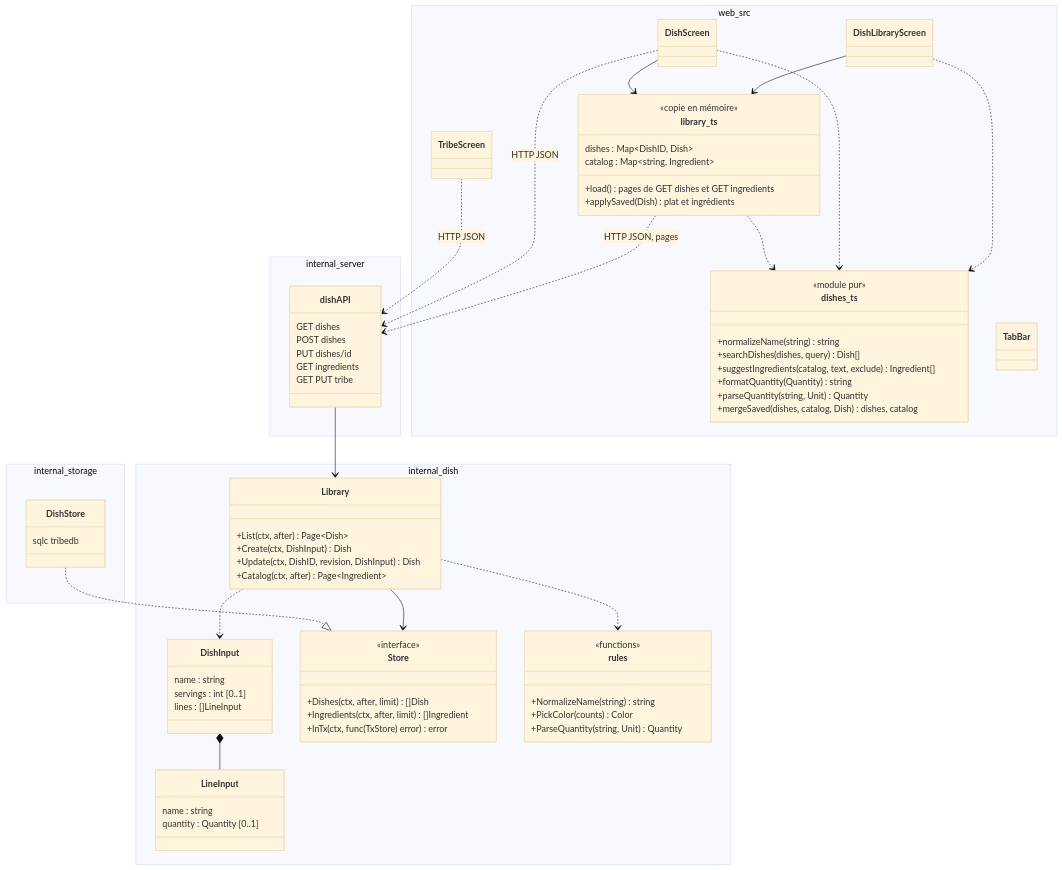
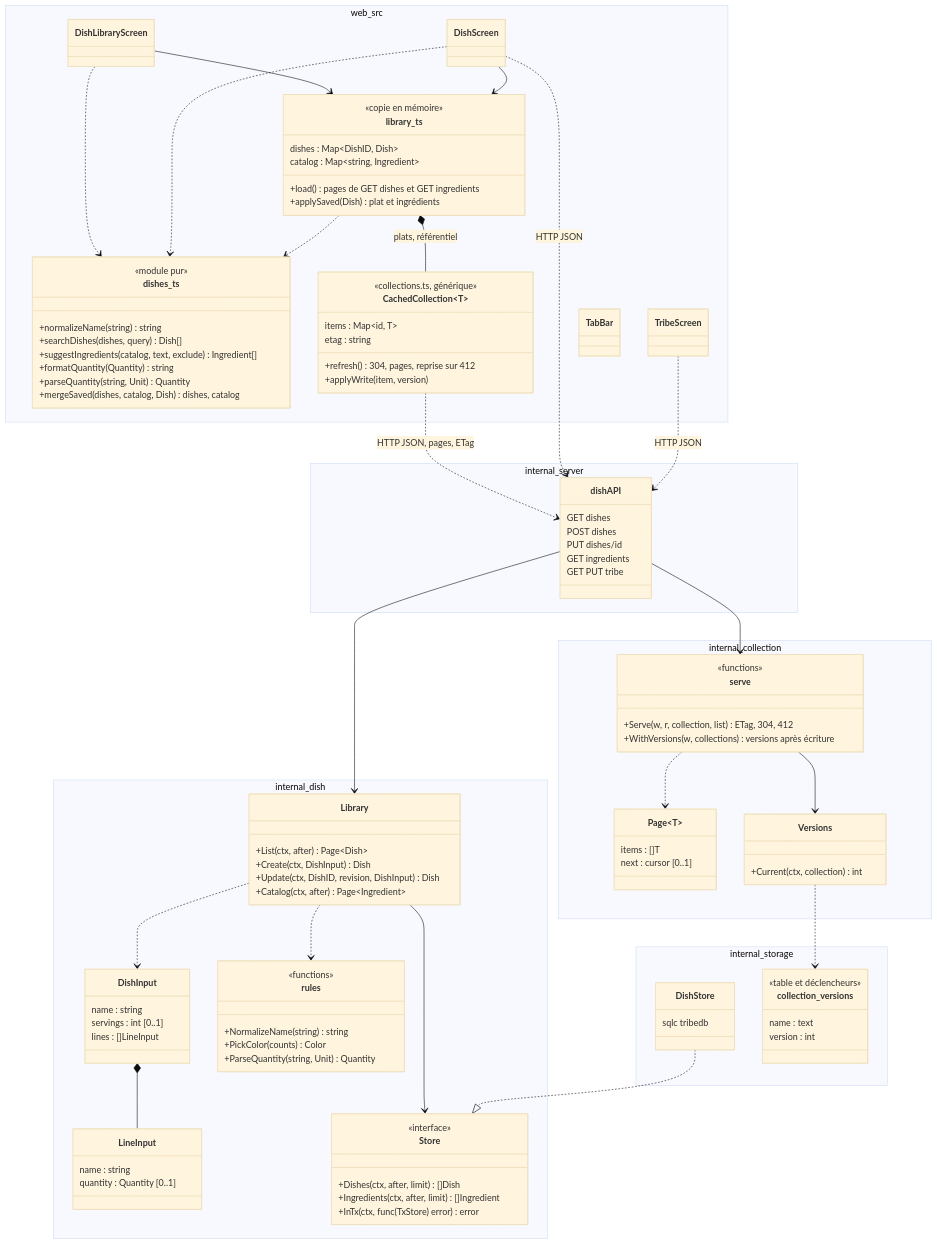
One commit to nelt/tribe-menus changed the second of 7 diagrams in docs/conception/bibliotheque-de-plats.md. Above: the diagram before and after it, drawn with Mermaid (base theme). The commit also changed other lines of this file and 3 other files, not shown here.

First line of the commit message:
Plan bibliotheque : versions et ETag des collections, mécanisme générique (D28, D29) (#63)

````diff
--- a/docs/conception/bibliotheque-de-plats.md
+++ b/docs/conception/bibliotheque-de-plats.md
@@ -135,9 +135,28 @@
             +ParseQuantity(string, Unit) Quantity
         }
     }
+    namespace internal_collection {
+        class Page~T~ {
+            items : []T
+            next : cursor [0..1]
+        }
+        class Versions {
+            +Current(ctx, collection) int
+        }
+        class serve {
+            <<functions>>
+            +Serve(w, r, collection, list) ETag, 304, 412
+            +WithVersions(w, collections) versions après écriture
+        }
+    }
     namespace internal_storage {
         class DishStore {
             sqlc tribedb
+        }
+        class collection_versions {
+            <<table et déclencheurs>>
+            name : text
+            version : int
         }
     }
     namespace internal_server {
@@ -159,6 +178,13 @@
             +parseQuantity(string, Unit) Quantity
             +mergeSaved(dishes, catalog, Dish) dishes, catalog
         }
+        class CachedCollection~T~ {
+            <<collections.ts, générique>>
+            items : Map~id, T~
+            etag : string
+            +refresh() 304, pages, reprise sur 412
+            +applyWrite(item, version)
+        }
         class library_ts {
             <<copie en mémoire>>
             dishes : Map~DishID, Dish~
@@ -173,6 +199,10 @@
     }
 
     dishAPI --> Library
+    dishAPI --> serve
+    serve --> Versions
+    serve ..> Page~T~
+    Versions ..> collection_versions
     Library --> Store
     Library ..> rules
     Library ..> DishInput
@@ -183,7 +213,8 @@
     DishLibraryScreen --> library_ts
     DishScreen --> library_ts
     library_ts ..> dishes_ts
-    library_ts ..> dishAPI : HTTP JSON, pages
+    library_ts *-- CachedCollection~T~ : plats, référentiel
+    CachedCollection~T~ ..> dishAPI : HTTP JSON, pages, ETag
     DishScreen ..> dishAPI : HTTP JSON
     TribeScreen ..> dishAPI : HTTP JSON
 ```
````
